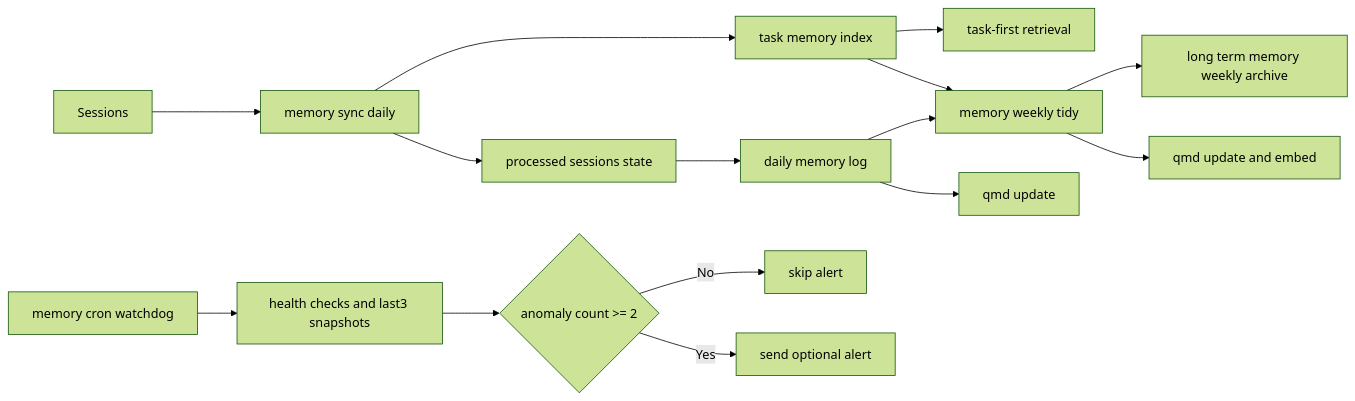
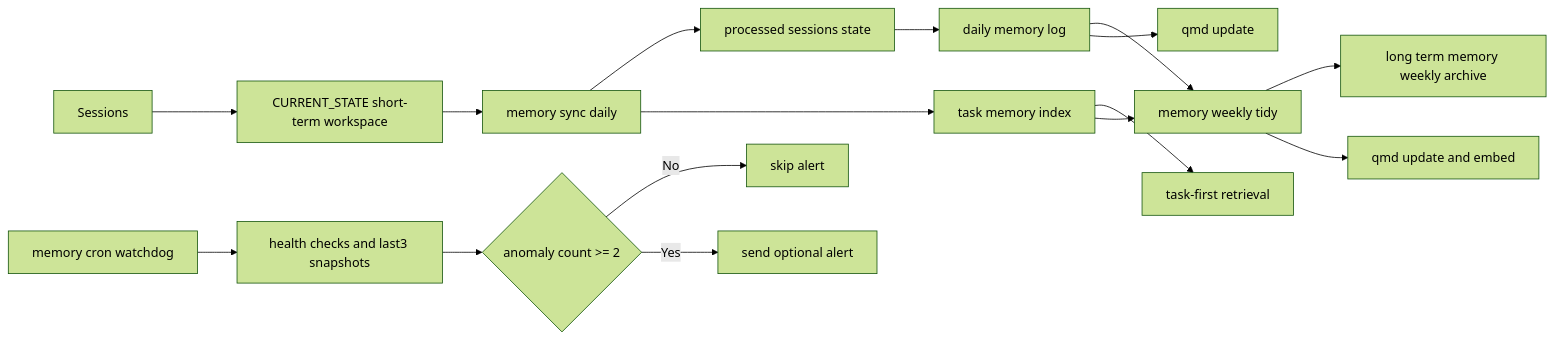
One commit to carmanxin/openclaw-memory-final changed the diagram in README.md. Above: the diagram before and after it, drawn with Mermaid (forest theme). The commit also changed other lines of this file and 12 other files, not shown here.

````diff
--- a/README.md
+++ b/README.md
@@ -29,17 +36,18 @@
 ```mermaid
 flowchart LR
-  S["Sessions"] --> A["memory sync daily"]
+  S["Sessions"] --> CS["CURRENT_STATE short-term workspace"]
+  CS --> A["memory sync daily"]
   A --> B["processed sessions state"]
   B --> C["daily memory log"]
   A --> T["task memory index"]
   T --> R["task-first retrieval"]
   C --> D["memory weekly tidy"]
   T --> D
   D --> E["long term memory weekly archive"]
   C --> F["qmd update"]
   D --> G["qmd update and embed"]
   H["memory cron watchdog"] --> I["health checks and last3 snapshots"]
   I --> J{"anomaly count >= 2"}
   J -- No --> K["skip alert"]
   J -- Yes --> L["send optional alert"]
 ```
````
